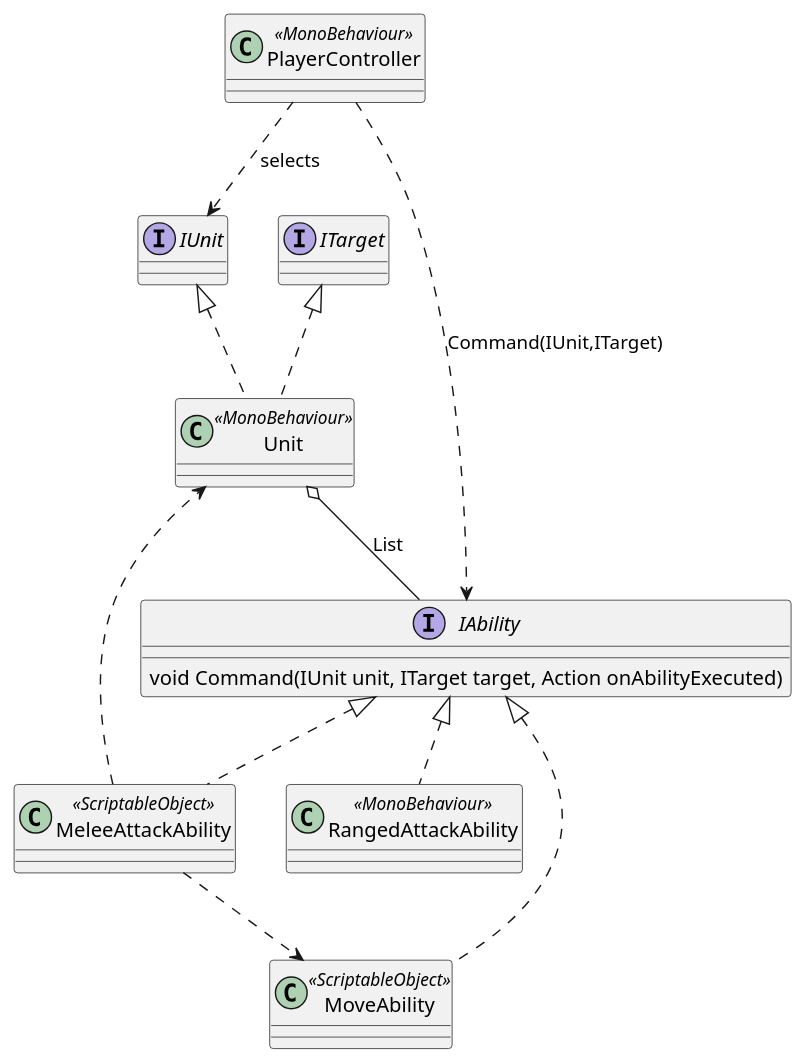
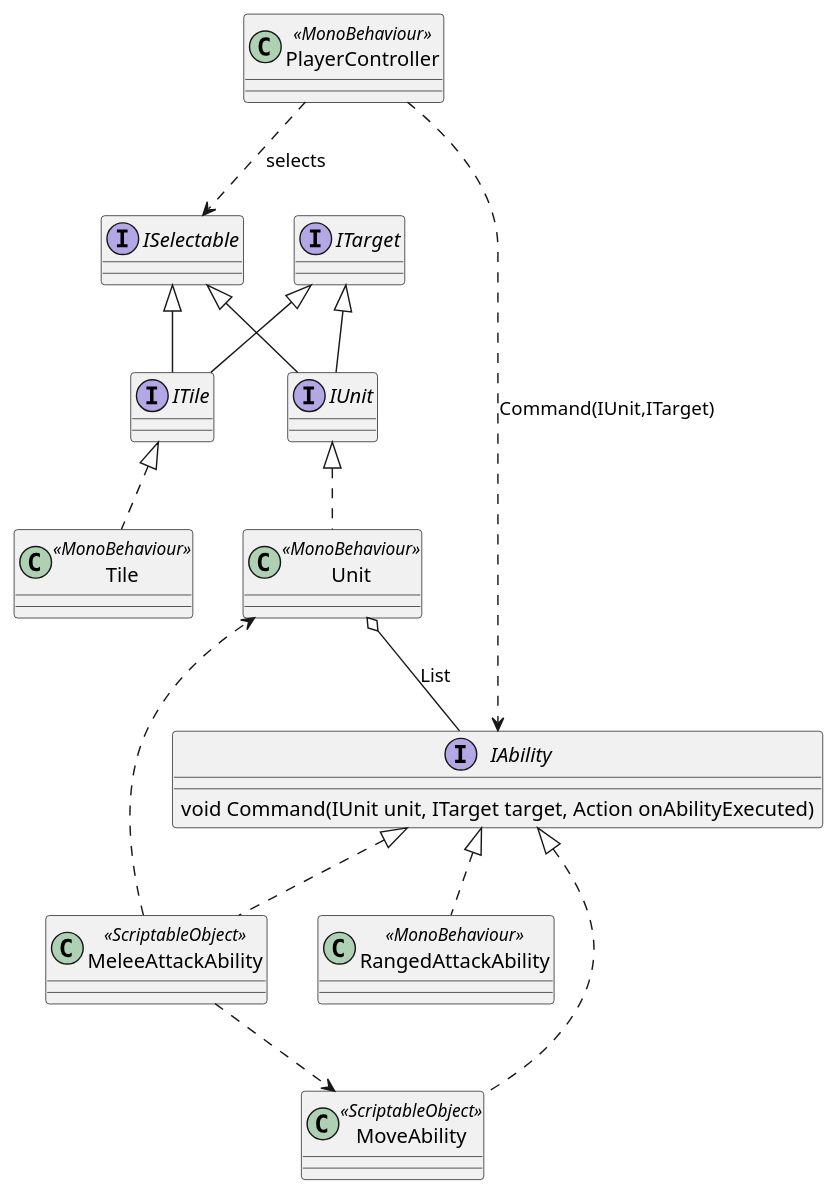
Before and after one commit to TheBretonnian/UnityTacticsTemplate: the diagram in Assets/Scripts/NewArch/puml/Commanding Abilities.puml, drawn with PlantUML. The commit also changed 3 other files, not shown here.

```diff
--- a/Assets/Scripts/NewArch/puml/Commanding Abilities.puml
+++ b/Assets/Scripts/NewArch/puml/Commanding Abilities.puml
@@ -1,35 +1,43 @@
 @startuml
 
-interface IUnit
+interface ISelectable
 interface ITarget
 interface IAbility{
     void Command(IUnit unit, ITarget target, Action onAbilityExecuted)
 }
+interface IUnit
+interface ITile
 
+ISelectable <|-- IUnit
+ITarget <|-- IUnit
+
+ISelectable <|-- ITile
+ITarget <|-- ITile
 
 
 class Unit <<MonoBehaviour>>
+class Tile <<MonoBehaviour>>
 class MoveAbility <<ScriptableObject>>
 class MeleeAttackAbility <<ScriptableObject>>
 class RangedAttackAbility <<MonoBehaviour>>
 class PlayerController <<MonoBehaviour>>
 
 'Interface Realizations
 IUnit <|.. Unit
-ITarget <|.. Unit
+ITile <|.. Tile
 IAbility <|.. MoveAbility
 IAbility <|.. MeleeAttackAbility
 IAbility <|.. RangedAttackAbility
 
 'Agregation
 Unit o-- IAbility : List
 
 MeleeAttackAbility ..> Unit
 MeleeAttackAbility ..> MoveAbility
 
 
 PlayerController ..> IAbility : Command(IUnit,ITarget)
-PlayerController ..> IUnit : selects
+PlayerController ..> ISelectable : selects
 
 
 @enduml
```
